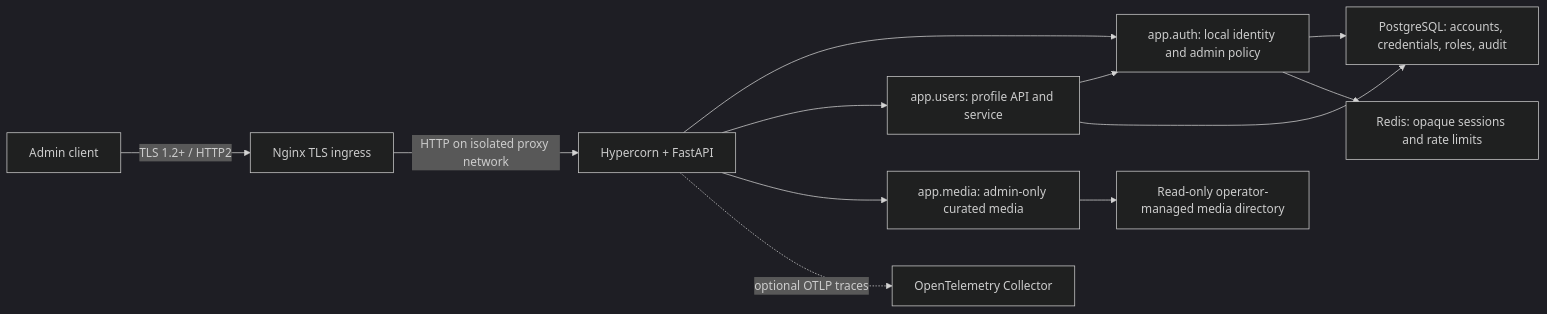
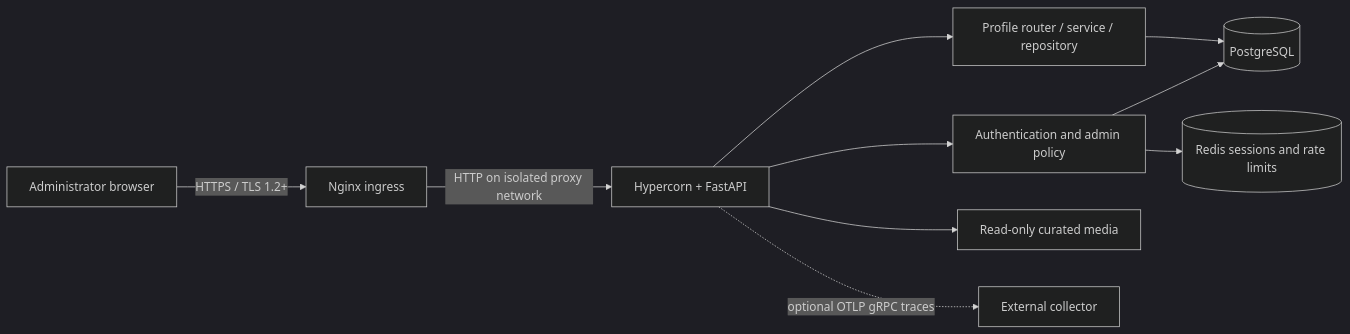
The first of 4 diagrams in docs/architecture.md (GolangDeveloperAlmir/services), drawn with Mermaid (dark theme) before and after one commit. The commit also changed other lines of this file and 30 other files, not shown here.

````diff
--- a/docs/architecture.md
+++ b/docs/architecture.md
@@ -5,14 +15,12 @@
-```mermaid
+~~~mermaid
 flowchart LR
-    Client["Admin client"] -->|"TLS 1.2+ / HTTP2"| Nginx["Nginx TLS ingress"]
-    Nginx -->|"HTTP on isolated proxy network"| Hypercorn["Hypercorn + FastAPI"]
-    Hypercorn --> Auth["app.auth: local identity and admin policy"]
-    Hypercorn --> Users["app.users: profile API and service"]
-    Hypercorn --> Media["app.media: admin-only curated media"]
-    Users --> Auth
-    Auth --> DB["PostgreSQL: accounts, credentials, roles, audit"]
-    Users --> DB
-    Auth --> Redis["Redis: opaque sessions and rate limits"]
-    Media --> Assets["Read-only operator-managed media directory"]
-    Hypercorn -. optional OTLP traces .-> Collector["OpenTelemetry Collector"]
-```
+    Browser["Administrator browser"] -->|"HTTPS / TLS 1.2+"| Nginx["Nginx ingress"]
+    Nginx -->|"HTTP on isolated proxy network"| App["Hypercorn + FastAPI"]
+    App --> Users["Profile router / service / repository"]
+    App --> Auth["Authentication and admin policy"]
+    Users --> PostgreSQL[("PostgreSQL")]
+    Auth --> PostgreSQL
+    Auth --> Redis[("Redis sessions and rate limits")]
+    App --> Media["Read-only curated media"]
+    App -. "optional OTLP gRPC traces" .-> Collector["External collector"]
+~~~
````
